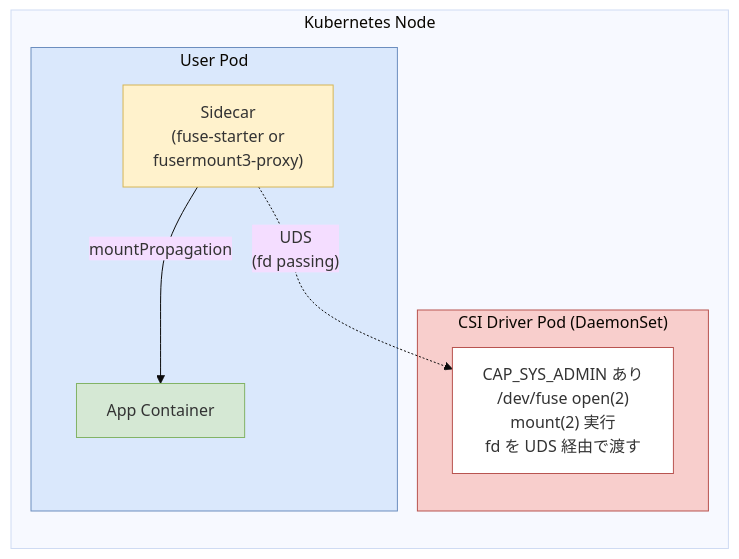
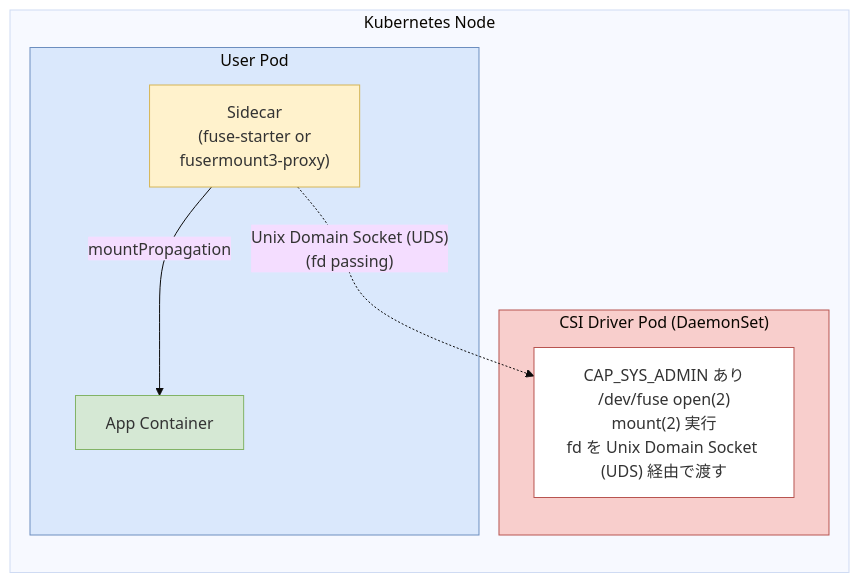
The first of 2 diagrams in docs/meta-fuse-csi-plugin-report.md (tak-55/fuse_k8s), drawn with Mermaid (base theme) before and after one commit. The commit also changed other lines of this file and 5 other files, not shown here.

````diff
--- a/docs/meta-fuse-csi-plugin-report.md
+++ b/docs/meta-fuse-csi-plugin-report.md
@@ -26,20 +26,20 @@
 ```mermaid
 graph LR
     subgraph Node["Kubernetes Node"]
         subgraph CSIPod["CSI Driver Pod (DaemonSet)"]
-            CSI["CAP_SYS_ADMIN あり<br/>/dev/fuse open(2)<br/>mount(2) 実行<br/>fd を UDS 経由で渡す"]
+            CSI["CAP_SYS_ADMIN あり<br/>/dev/fuse open(2)<br/>mount(2) 実行<br/>fd を Unix Domain Socket (UDS) 経由で渡す"]
         end
         subgraph UserPod["User Pod"]
             Sidecar["Sidecar<br/>(fuse-starter or<br/>fusermount3-proxy)"]
             App["App Container"]
             Sidecar -- "mountPropagation" --> App
         end
-        Sidecar -. "UDS<br/>(fd passing)" .-> CSI
+        Sidecar -. "Unix Domain Socket (UDS)<br/>(fd passing)" .-> CSI
     end
 
     style CSIPod fill:#f8cecc,stroke:#b85450
     style UserPod fill:#dae8fc,stroke:#6c8ebf
     style CSI fill:#fff,stroke:#b85450
     style Sidecar fill:#fff2cc,stroke:#d6b656
     style App fill:#d5e8d4,stroke:#82b366
 ```
````
